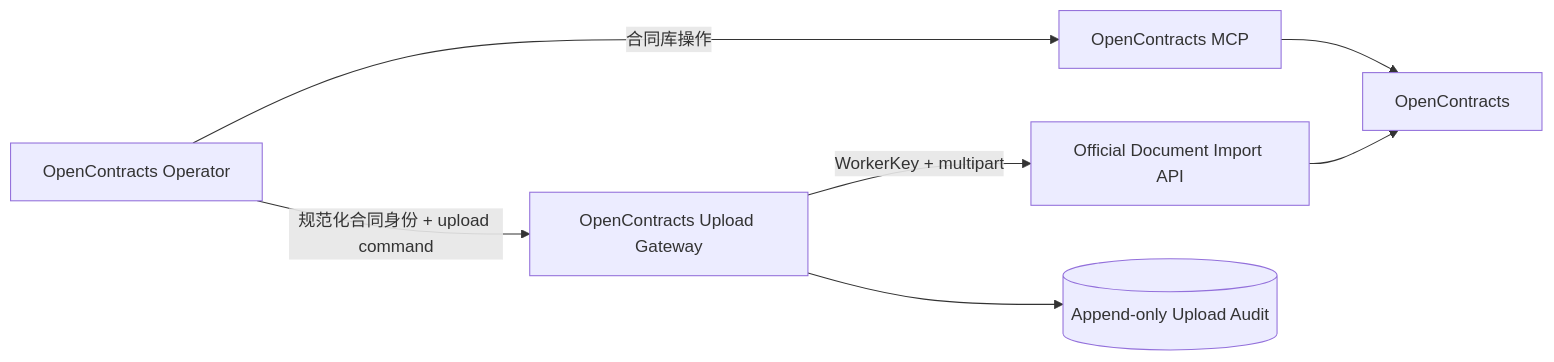
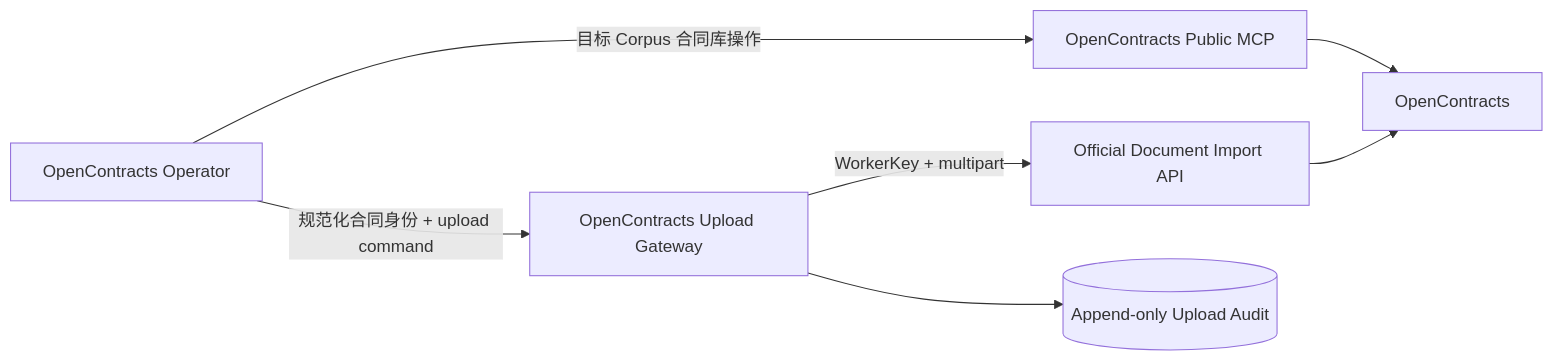
Before and after one commit to Ri0n72Y/ContractBotConfig: the first of 3 diagrams in docs/architecture/opencontracts-integration.md, drawn with Mermaid. The commit also changed other lines of this file, not shown here.

Commit message:
align architecture with public MCP

````diff
--- a/docs/architecture/opencontracts-integration.md
+++ b/docs/architecture/opencontracts-integration.md
@@ -7,16 +7,16 @@
 ```mermaid
 flowchart LR
     Operator[OpenContracts Operator]
-    MCP[OpenContracts MCP]
+    MCP[OpenContracts Public MCP]
     Gateway[OpenContracts Upload Gateway]
     ImportAPI[Official Document Import API]
     OC[OpenContracts]
     Receipt[(Append-only Upload Audit)]
 
-    Operator -->|合同库操作| MCP
+    Operator -->|目标 Corpus 合同库操作| MCP
     MCP --> OC
     Operator -->|规范化合同身份 + upload command| Gateway
     Gateway -->|WorkerKey + multipart| ImportAPI
     ImportAPI --> OC
     Gateway --> Receipt
 ```
````
